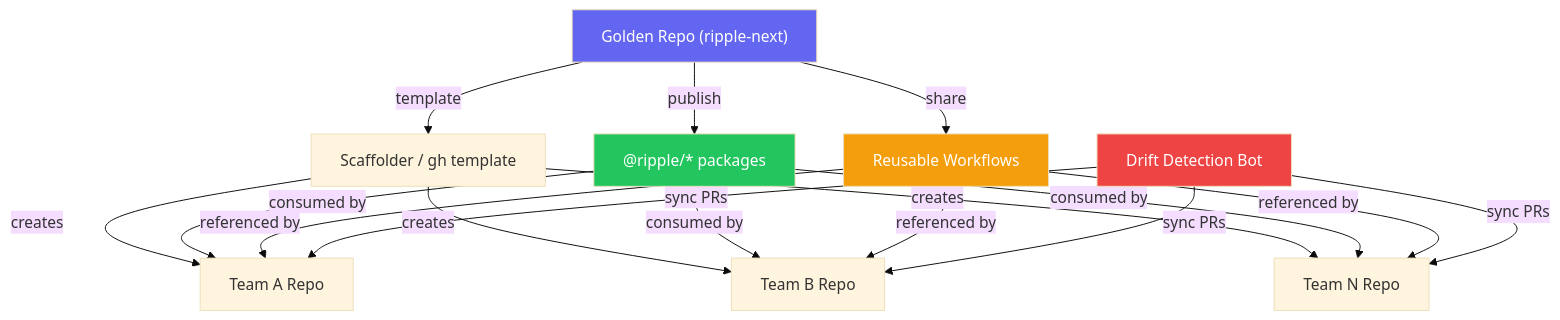
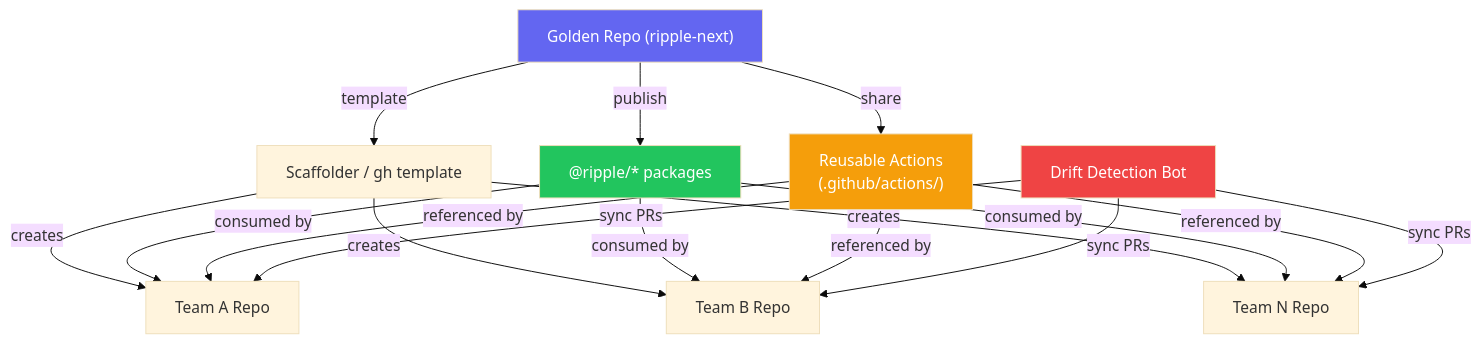
One commit to jbejenar/ripple-next changed the tenth of 10 diagrams in docs/product-roadmap/README.md. Above: the diagram before and after it, drawn with Mermaid (base theme). The commit also changed other lines of this file and 9 other files, not shown here.

First line of the commit message:
feat: CI observability, SBOM provenance, and reusable composite actions

````diff
--- a/docs/product-roadmap/README.md
+++ b/docs/product-roadmap/README.md
@@ -674,27 +712,27 @@
 ```mermaid
 graph TD
     GOLDEN["Golden Repo (ripple-next)"] -->|template| SCAFFOLD[Scaffolder / gh template]
     GOLDEN -->|publish| PACKAGES["@ripple/* packages"]
-    GOLDEN -->|share| WORKFLOWS["Reusable Workflows"]
+    GOLDEN -->|share| WORKFLOWS["Reusable Actions<br/>(.github/actions/)"]
 
     SCAFFOLD -->|creates| REPO_A[Team A Repo]
     SCAFFOLD -->|creates| REPO_B[Team B Repo]
     SCAFFOLD -->|creates| REPO_N[Team N Repo]
 
     PACKAGES -->|consumed by| REPO_A
     PACKAGES -->|consumed by| REPO_B
     PACKAGES -->|consumed by| REPO_N
 
     WORKFLOWS -->|referenced by| REPO_A
     WORKFLOWS -->|referenced by| REPO_B
     WORKFLOWS -->|referenced by| REPO_N
 
     SYNC["Drift Detection Bot"] -->|sync PRs| REPO_A
     SYNC -->|sync PRs| REPO_B
     SYNC -->|sync PRs| REPO_N
 
     style GOLDEN fill:#6366f1,color:#fff
     style PACKAGES fill:#22c55e,color:#fff
     style WORKFLOWS fill:#f59e0b,color:#fff
     style SYNC fill:#ef4444,color:#fff
 ```
````
